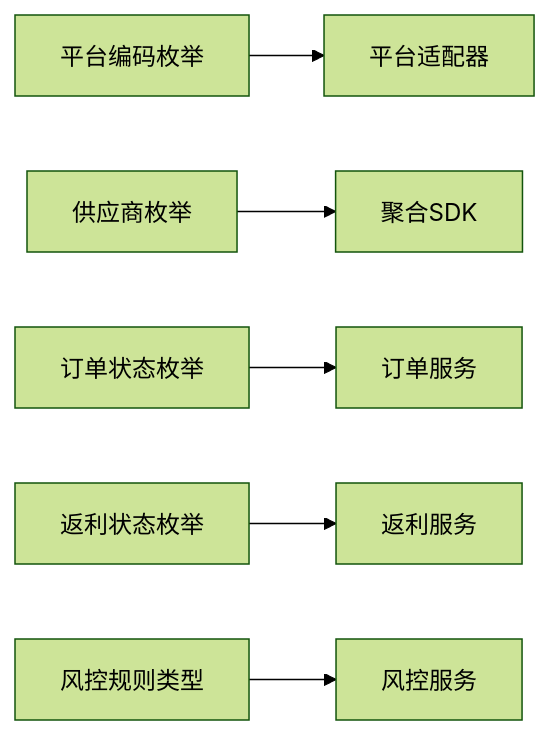
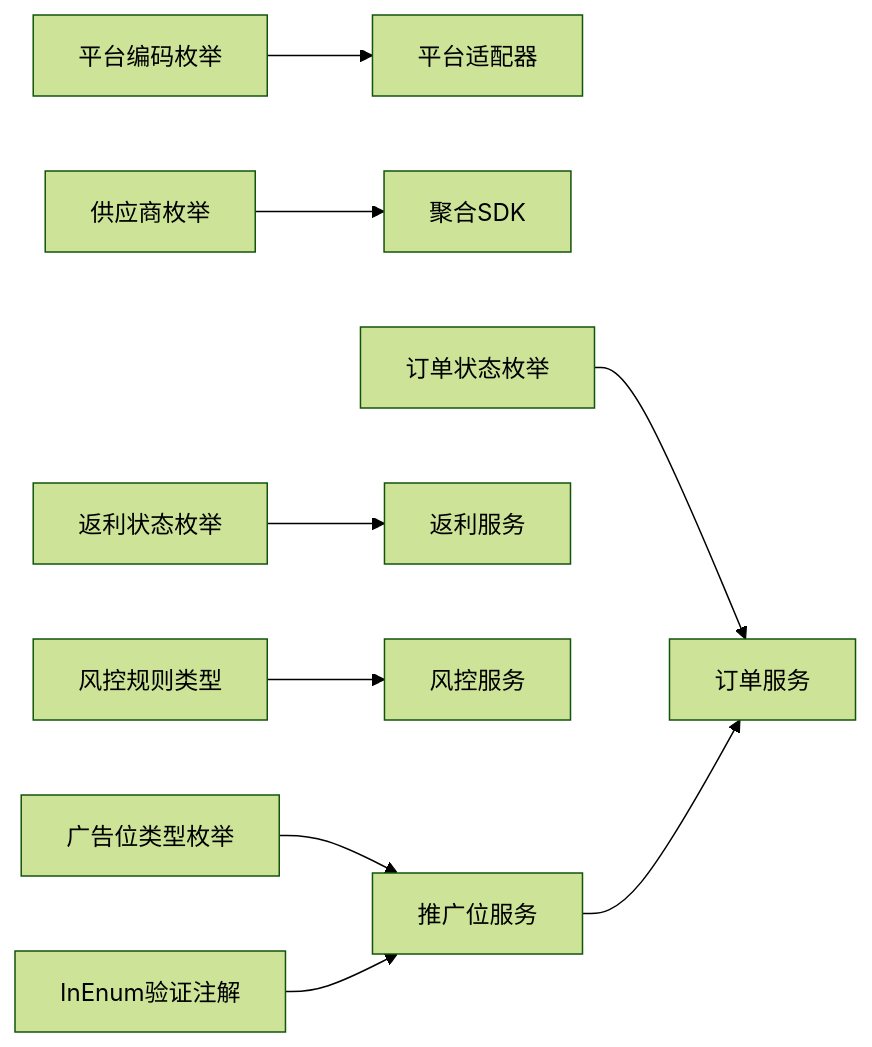
Diagram 13 of 13 in .qoder/repowiki/zh/content/架构设计/模块设计/业务模块/CPS联盟返利模块.md (zhuangpengLI/AgenticCPS), drawn with Mermaid (forest theme) before and after one commit. The commit also changed other lines of this file and 5 other files, not shown here.

````diff
--- a/.qoder/repowiki/zh/content/架构设计/模块设计/业务模块/CPS联盟返利模块.md
+++ b/.qoder/repowiki/zh/content/架构设计/模块设计/业务模块/CPS联盟返利模块.md
@@ -333,8 +472,11 @@
 ```mermaid
 graph LR
 平台枚举["平台编码枚举"] --> 适配器["平台适配器"]
 供应商枚举["供应商枚举"] --> SDK["聚合SDK"]
 订单状态["订单状态枚举"] --> 订单服务["订单服务"]
 返利状态["返利状态枚举"] --> 返利服务["返利服务"]
 风控规则["风控规则类型"] --> 风控服务["风控服务"]
+广告位类型["广告位类型枚举"] --> 推广位服务["推广位服务"]
+推广位服务 --> 订单服务
+验证注解["InEnum验证注解"] --> 推广位服务
 ```
````
